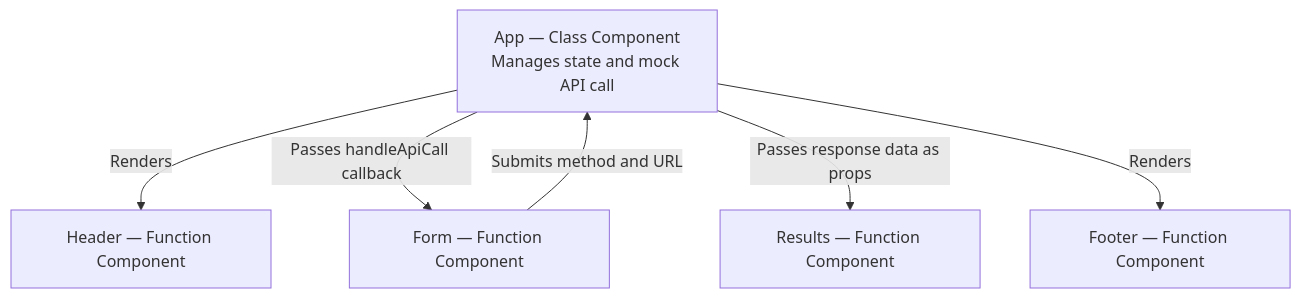
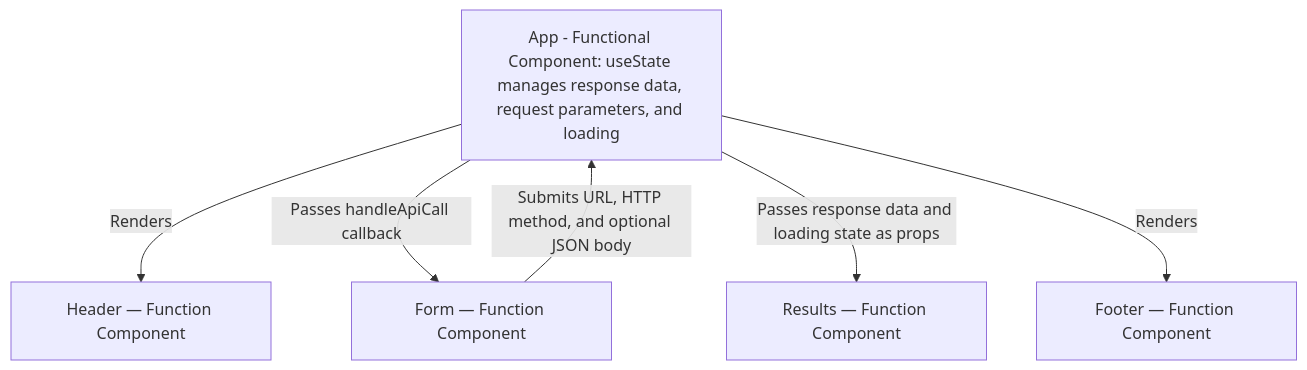
The diagram in assets/resty-uml.md (AGiv-lab/resty), drawn with Mermaid before and after one commit. The commit also changed other lines of this file and 4 other files, not shown here.

````diff
--- a/assets/resty-uml.md
+++ b/assets/resty-uml.md
@@ -4,14 +4,14 @@
 ```mermaid
 flowchart TD
-    A["App — Class Component<br/>Manages state and mock API call"]
+    A["App - Functional Component: useState manages response data, request parameters, and loading"]
     H["Header — Function Component"]
     F["Form — Function Component"]
     R["Results — Function Component"]
     FT["Footer — Function Component"]
 
     A -->|Renders| H
     A -->|Passes handleApiCall callback| F
-    F -->|Submits method and URL| A
-    A -->|Passes response data as props| R
+    F -->|Submits URL, HTTP method, and optional JSON body| A
+    A -->|Passes response data and loading state as props| R
     A -->|Renders| FT
 ```
````
